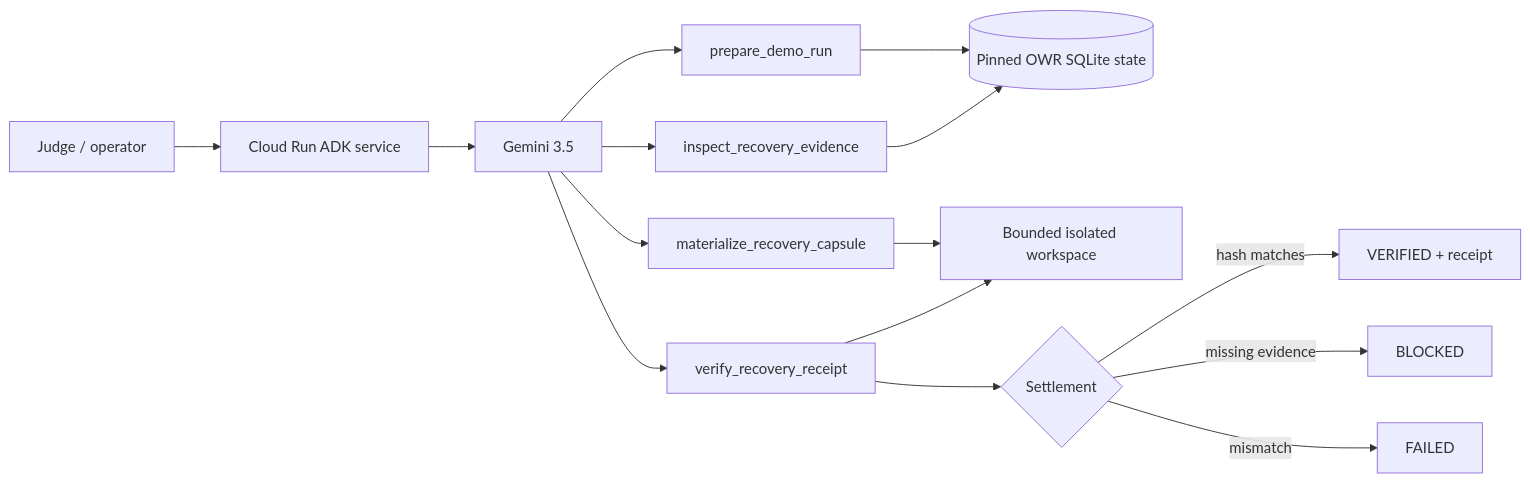
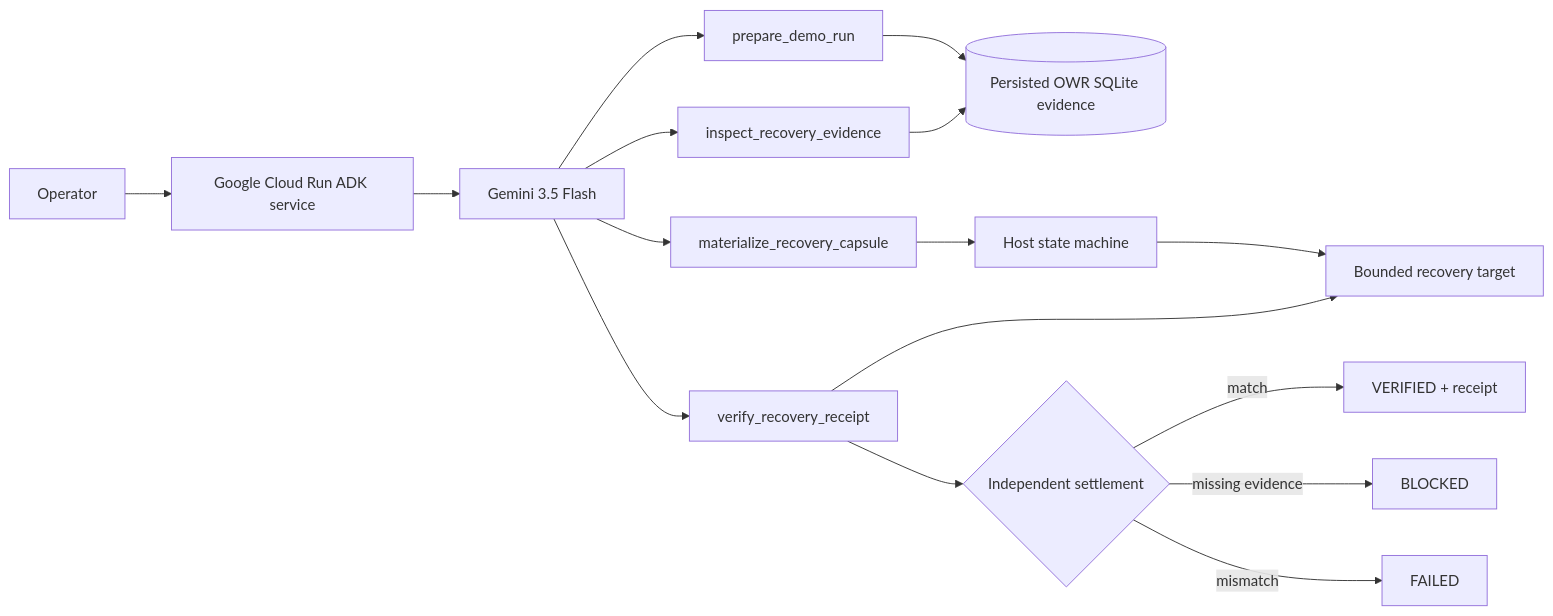
The diagram in hackathons/all-things-agentic/recovery-taskmaster/README.md (leadingproblemsolver/operational-waste-recovery), drawn with Mermaid before and after one commit. The commit also changed other lines of this file, not shown here.

Commit message:
docs: align judge README to actual Taskmaster differentiator

````diff
--- a/hackathons/all-things-agentic/recovery-taskmaster/README.md
+++ b/hackathons/all-things-agentic/recovery-taskmaster/README.md
@@ -119,17 +68,18 @@
 ```mermaid
 flowchart LR
-    U[Judge / operator] --> CR[Cloud Run ADK service]
-    CR --> G[Gemini 3.5]
+    U[Operator] --> CR[Google Cloud Run ADK service]
+    CR --> G[Gemini 3.5 Flash]
     G --> P[prepare_demo_run]
-    P --> O[(Pinned OWR SQLite state)]
+    P --> O[(Persisted OWR SQLite evidence)]
     G --> E[inspect_recovery_evidence]
     E --> O
     G --> M[materialize_recovery_capsule]
-    M --> W[Bounded isolated workspace]
+    M --> H[Host state machine]
+    H --> W[Bounded recovery target]
     G --> V[verify_recovery_receipt]
     V --> W
-    V --> R{Settlement}
-    R -->|hash matches| D[VERIFIED + receipt]
+    V --> R{Independent settlement}
+    R -->|match| D[VERIFIED + receipt]
     R -->|missing evidence| B[BLOCKED]
     R -->|mismatch| F[FAILED]
 ```
````
